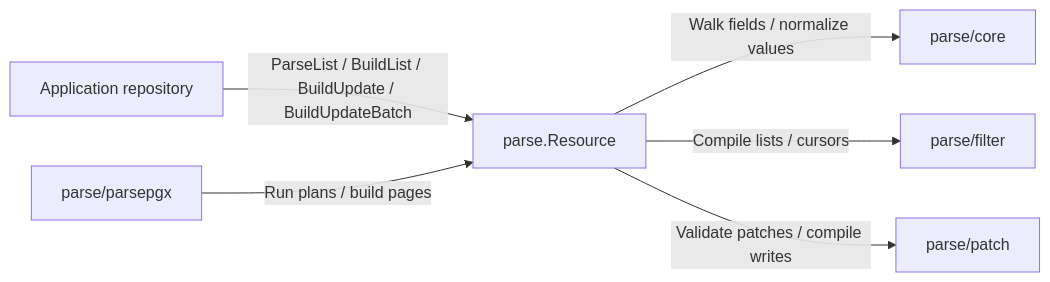
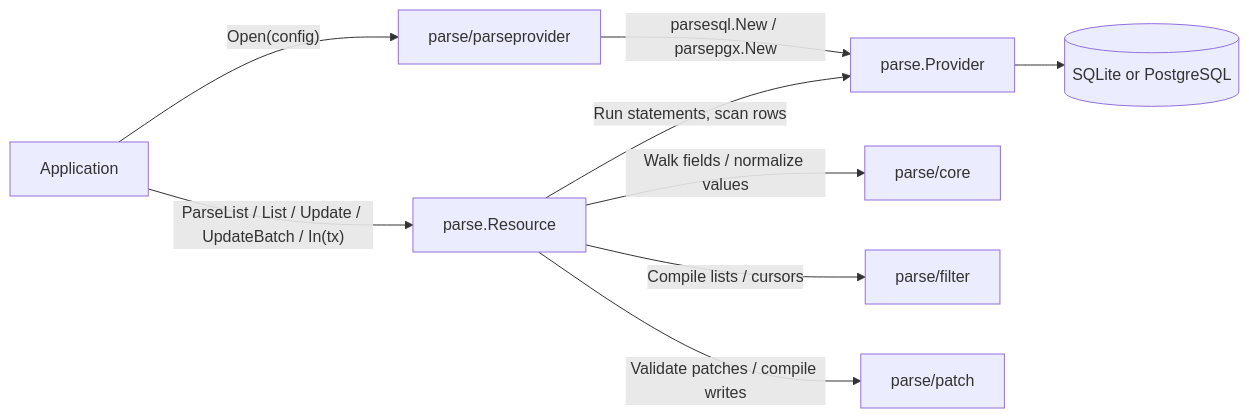
The diagram in parse/README.md (ashtonian/pkg), drawn with Mermaid before and after one commit. The commit also changed other lines of this file and 246 other files, not shown here.

````diff
--- a/parse/README.md
+++ b/parse/README.md
@@ -7,8 +7,11 @@
 ```mermaid
 flowchart LR
-    repo["Application repository"] -->|"ParseList / BuildList / BuildUpdate / BuildUpdateBatch"| resource["parse.Resource"]
-    pgx["parse/parsepgx"] -->|"Run plans / build pages"| resource
+    app["Application"] -->|"Open(config)"| selector["parse/parseprovider"]
+    selector -->|"parsesql.New / parsepgx.New"| provider["parse.Provider"]
+    app -->|"ParseList / List / Update / UpdateBatch / In(tx)"| resource["parse.Resource"]
+    resource -->|"Run statements, scan rows"| provider
+    provider --> db[("SQLite or PostgreSQL")]
     resource -->|"Walk fields / normalize values"| core["parse/core"]
     resource -->|"Compile lists / cursors"| filter["parse/filter"]
     resource -->|"Validate patches / compile writes"| patch["parse/patch"]
 ```
````
